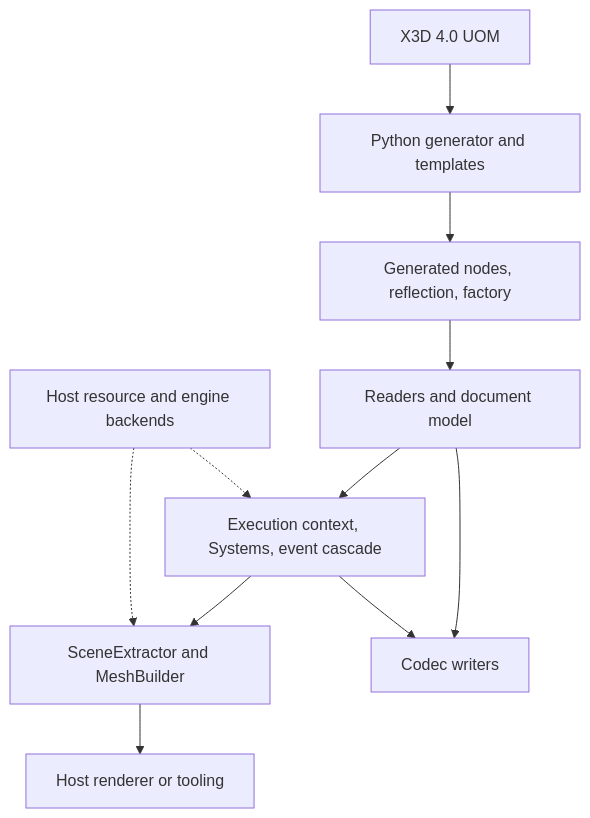
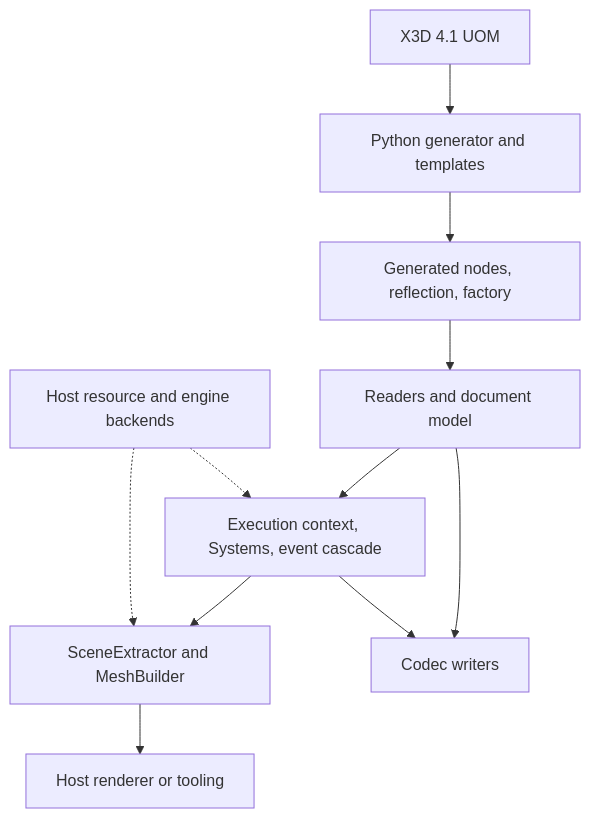
One commit to delta9000/x3d-cpp changed the diagram in docs/wiki/explanation/architecture.md. Above: the diagram before and after it, drawn with Mermaid. The commit also changed 771 other files, not shown here.

````diff
--- a/docs/wiki/explanation/architecture.md
+++ b/docs/wiki/explanation/architecture.md
@@ -18,13 +18,13 @@
 ```mermaid
 flowchart TB
-    UOM["X3D 4.0 UOM"] --> GEN["Python generator and templates"]
+    UOM["X3D 4.1 UOM"] --> GEN["Python generator and templates"]
     GEN --> NODES["Generated nodes, reflection, factory"]
     NODES --> PARSE["Readers and document model"]
     PARSE --> CTX["Execution context, Systems, event cascade"]
     CTX --> EXTRACT["SceneExtractor and MeshBuilder"]
     PARSE --> WRITE["Codec writers"]
     CTX --> WRITE
     EXTRACT --> HOST["Host renderer or tooling"]
     SEAMS["Host resource and engine backends"] -.-> CTX
     SEAMS -.-> EXTRACT
 ```
````
